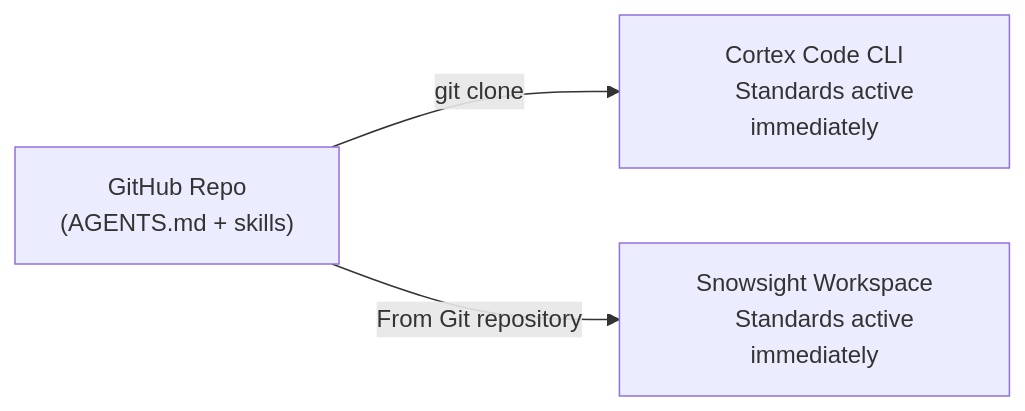
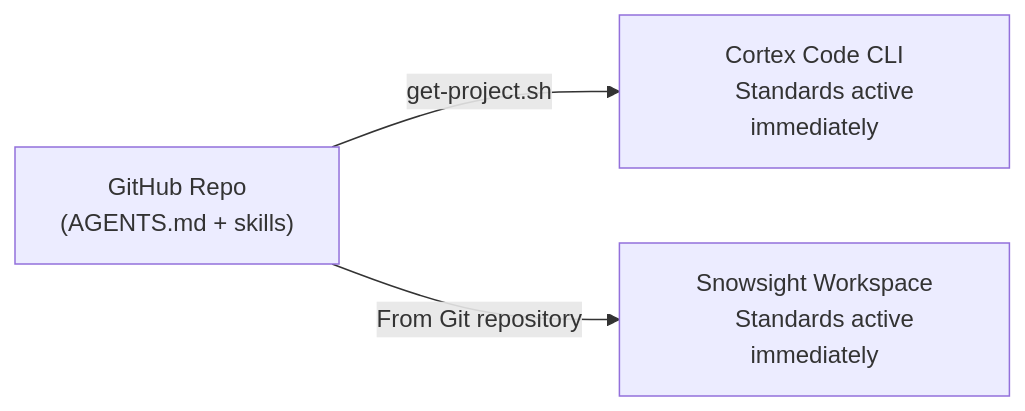
One commit to sfc-gh-miwhitaker/sfe-public changed the first of 3 diagrams in demo-coco-governance-github/docs/02-GITHUB-TEAM-MANAGEMENT.md. Above: the diagram before and after it, drawn with Mermaid. The commit also changed other lines of this file and 5 other files, not shown here.

First line of the commit message:
refactor: enhance project documentation and streamline setup process for Cortex Code

````diff
--- a/demo-coco-governance-github/docs/02-GITHUB-TEAM-MANAGEMENT.md
+++ b/demo-coco-governance-github/docs/02-GITHUB-TEAM-MANAGEMENT.md
@@ -9,11 +9,11 @@
 ```mermaid
 flowchart LR
     Repo["GitHub Repo
     (AGENTS.md + skills)"]
 
-    Repo -->|"git clone"| CLI["Cortex Code CLI
+    Repo -->|"get-project.sh"| CLI["Cortex Code CLI
     Standards active immediately"]
 
     Repo -->|"From Git repository"| Snowsight["Snowsight Workspace
     Standards active immediately"]
 ```
````
